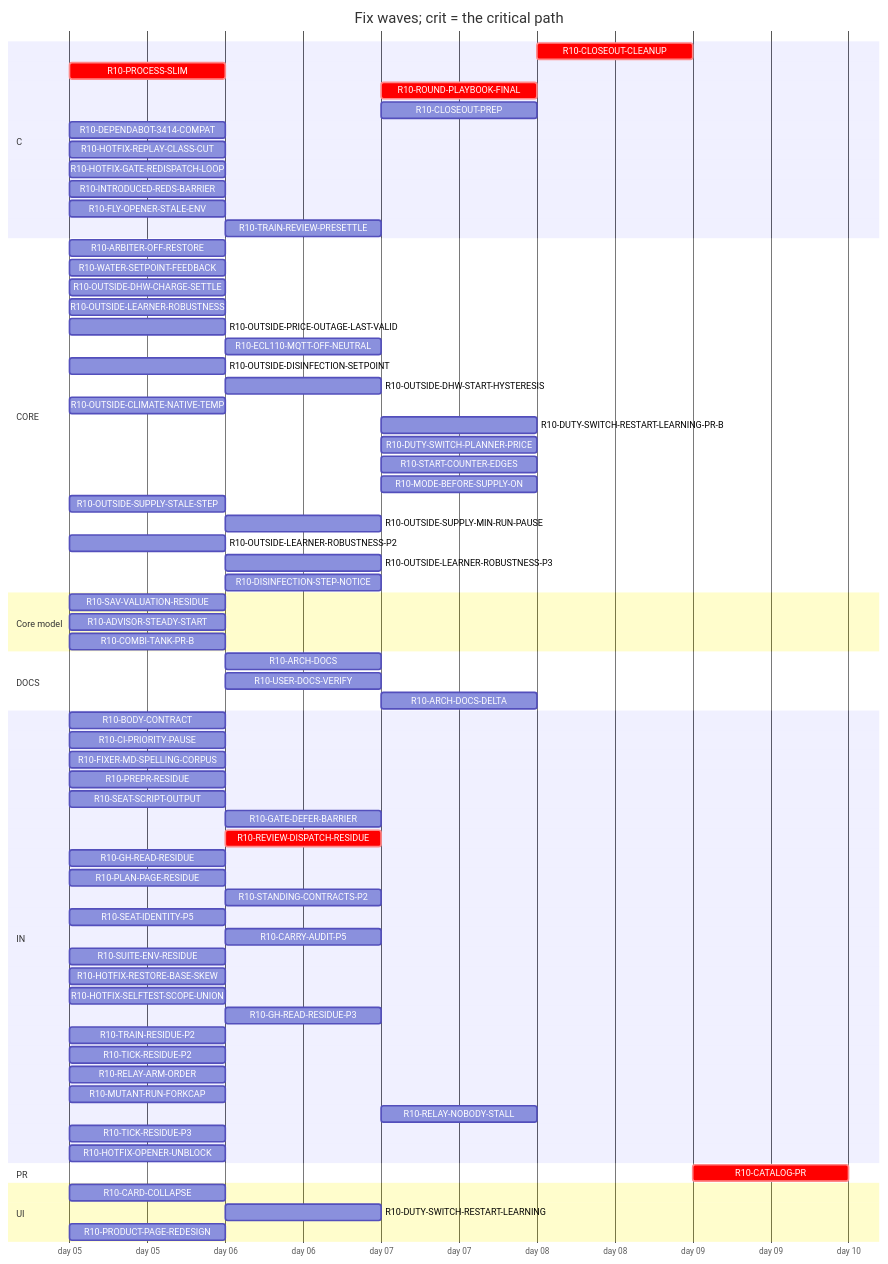
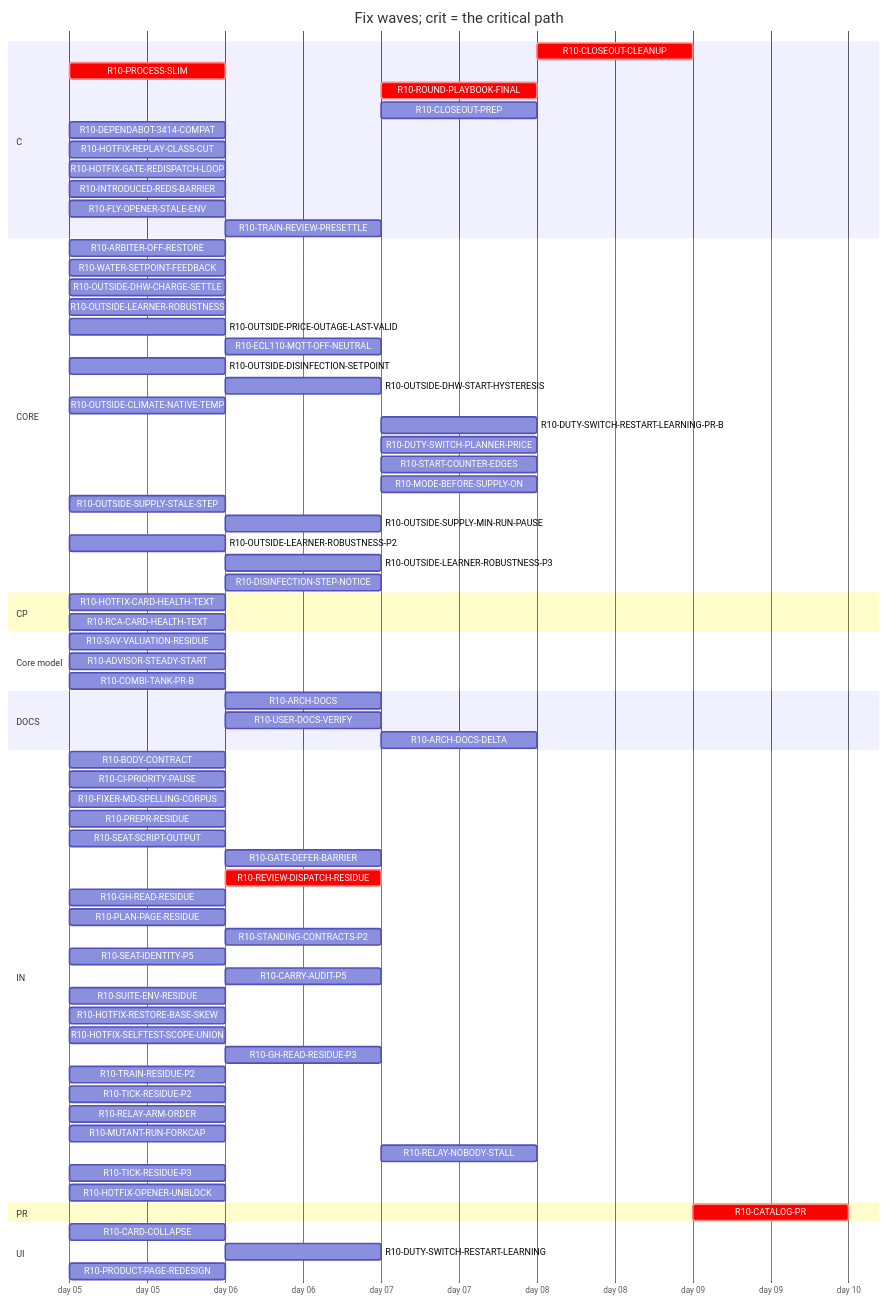
One commit to tvofi/heatpump_optimizer changed the diagram in handoff/round10/state/PLAN-TABLE.md. Above: the diagram before and after it, drawn with Mermaid. The commit also changed other lines of this file and 4 other files, not shown here.

Commit message:
state: FLOW-BOARD.md, NEXT-SESSION-PROMPT.md, PLAN-TABLE.md, PLAN.html, RESUME-CURRENT.md regenerated (state_docs.py)

````diff
--- a/handoff/round10/state/PLAN-TABLE.md
+++ b/handoff/round10/state/PLAN-TABLE.md
@@ -20,74 +21,77 @@
 ```mermaid
 gantt
   title Fix waves; crit = the critical path
   dateFormat YYYY-MM-DD
   axisFormat day %d
   section C
     R10-CLOSEOUT-CLEANUP :crit, r10CLOSEOUTCLEANUP, after r10ARCHDOCS r10USERDOCSVERIFY r10ROUNDPLAYBOOKFINAL r10CLOSEOUTPREP r10ARCHDOCSDELTA, 1d
     R10-PROCESS-SLIM :crit, r10PROCESSSLIM, 2026-01-05, 1d
     R10-ROUND-PLAYBOOK-FINAL :crit, r10ROUNDPLAYBOOKFINAL, after r10BODYCONTRACT r10PROCESSSLIM r10FIXERMDSPELLINGCORPUS r10PREPRRESIDUE r10SEATSCRIPTOUTPUT r10REVIEWDISPATCHRESIDUE r10CARRYAUDITP5 r10SEATIDENTITYP5 r10STANDINGCONTRACTSP2 r10PLANPAGERESIDUE r10GHREADRESIDUE r10SUITEENVRESIDUE r10GATEDEFERBARRIER, 1d
     R10-CLOSEOUT-PREP :r10CLOSEOUTPREP, after r10ARCHDOCS r10BODYCONTRACT r10PROCESSSLIM r10FIXERMDSPELLINGCORPUS r10PREPRRESIDUE r10SEATSCRIPTOUTPUT r10REVIEWDISPATCHRESIDUE r10CARRYAUDITP5 r10SEATIDENTITYP5 r10STANDINGCONTRACTSP2 r10PLANPAGERESIDUE r10GHREADRESIDUE r10SUITEENVRESIDUE r10GATEDEFERBARRIER, 1d
     R10-DEPENDABOT-3414-COMPAT :r10DEPENDABOT3414COMPAT, 2026-01-05, 1d
     R10-HOTFIX-REPLAY-CLASS-CUT :r10HOTFIXREPLAYCLASSCUT, 2026-01-05, 1d
     R10-HOTFIX-GATE-REDISPATCH-LOOP :r10HOTFIXGATEREDISPATCHLOOP, 2026-01-05, 1d
     R10-INTRODUCED-REDS-BARRIER :r10INTRODUCEDREDSBARRIER, 2026-01-05, 1d
     R10-FLY-OPENER-STALE-ENV :r10FLYOPENERSTALEENV, 2026-01-05, 1d
     R10-TRAIN-REVIEW-PRESETTLE :r10TRAINREVIEWPRESETTLE, after r10TRAINRESIDUEP2, 1d
   section CORE
     R10-ARBITER-OFF-RESTORE :r10ARBITEROFFRESTORE, 2026-01-05, 1d
     R10-WATER-SETPOINT-FEEDBACK :r10WATERSETPOINTFEEDBACK, 2026-01-05, 1d
     R10-OUTSIDE-DHW-CHARGE-SETTLE :r10OUTSIDEDHWCHARGESETTLE, 2026-01-05, 1d
     R10-OUTSIDE-LEARNER-ROBUSTNESS :r10OUTSIDELEARNERROBUSTNESS, 2026-01-05, 1d
     R10-OUTSIDE-PRICE-OUTAGE-LAST-VALID :r10OUTSIDEPRICEOUTAGELASTVALID, 2026-01-05, 1d
     R10-ECL110-MQTT-OFF-NEUTRAL :r10ECL110MQTTOFFNEUTRAL, after r10ARBITEROFFRESTORE, 1d
     R10-OUTSIDE-DISINFECTION-SETPOINT :r10OUTSIDEDISINFECTIONSETPOINT, 2026-01-05, 1d
     R10-OUTSIDE-DHW-START-HYSTERESIS :r10OUTSIDEDHWSTARTHYSTERESIS, after r10OUTSIDEDISINFECTIONSETPOINT, 1d
     R10-OUTSIDE-CLIMATE-NATIVE-TEMP :r10OUTSIDECLIMATENATIVETEMP, 2026-01-05, 1d
     R10-DUTY-SWITCH-RESTART-LEARNING-PR-B :r10DUTYSWITCHRESTARTLEARNINGPRB, after r10DUTYSWITCHRESTARTLEARNING, 1d
     R10-DUTY-SWITCH-PLANNER-PRICE :r10DUTYSWITCHPLANNERPRICE, after r10DUTYSWITCHRESTARTLEARNING, 1d
     R10-START-COUNTER-EDGES :r10STARTCOUNTEREDGES, after r10DUTYSWITCHRESTARTLEARNING, 1d
     R10-MODE-BEFORE-SUPPLY-ON :r10MODEBEFORESUPPLYON, after r10DUTYSWITCHRESTARTLEARNING, 1d
     R10-OUTSIDE-SUPPLY-STALE-STEP :r10OUTSIDESUPPLYSTALESTEP, 2026-01-05, 1d
     R10-OUTSIDE-SUPPLY-MIN-RUN-PAUSE :r10OUTSIDESUPPLYMINRUNPAUSE, after r10OUTSIDESUPPLYSTALESTEP, 1d
     R10-OUTSIDE-LEARNER-ROBUSTNESS-P2 :r10OUTSIDELEARNERROBUSTNESSP2, 2026-01-05, 1d
     R10-OUTSIDE-LEARNER-ROBUSTNESS-P3 :r10OUTSIDELEARNERROBUSTNESSP3, after r10OUTSIDELEARNERROBUSTNESS r10OUTSIDELEARNERROBUSTNESSP2, 1d
     R10-DISINFECTION-STEP-NOTICE :r10DISINFECTIONSTEPNOTICE, after r10OUTSIDEDISINFECTIONSETPOINT, 1d
+  section CP
+    R10-HOTFIX-CARD-HEALTH-TEXT :r10HOTFIXCARDHEALTHTEXT, 2026-01-05, 1d
+    R10-RCA-CARD-HEALTH-TEXT :r10RCACARDHEALTHTEXT, 2026-01-05, 1d
   section Core model
     R10-SAV-VALUATION-RESIDUE :r10SAVVALUATIONRESIDUE, 2026-01-05, 1d
     R10-ADVISOR-STEADY-START :r10ADVISORSTEADYSTART, 2026-01-05, 1d
     R10-COMBI-TANK-PR-B :r10COMBITANKPRB, 2026-01-05, 1d
   section DOCS
     R10-ARCH-DOCS :r10ARCHDOCS, after r10BODYCONTRACT r10PROCESSSLIM, 1d
     R10-USER-DOCS-VERIFY :r10USERDOCSVERIFY, after r10ARBITEROFFRESTORE r10PRODUCTPAGEREDESIGN, 1d
     R10-ARCH-DOCS-DELTA :r10ARCHDOCSDELTA, after r10ARCHDOCS r10ARBITEROFFRESTORE r10SAVVALUATIONRESIDUE r10ADVISORSTEADYSTART r10COMBITANKPRB, 1d
   section IN
     R10-BODY-CONTRACT :r10BODYCONTRACT, 2026-01-05, 1d
     R10-CI-PRIORITY-PAUSE :r10CIPRIORITYPAUSE, 2026-01-05, 1d
     R10-FIXER-MD-SPELLING-CORPUS :r10FIXERMDSPELLINGCORPUS, 2026-01-05, 1d
     R10-PREPR-RESIDUE :r10PREPRRESIDUE, 2026-01-05, 1d
     R10-SEAT-SCRIPT-OUTPUT :r10SEATSCRIPTOUTPUT, 2026-01-05, 1d
     R10-GATE-DEFER-BARRIER :r10GATEDEFERBARRIER, after r10HOTFIXGATEREDISPATCHLOOP, 1d
     R10-REVIEW-DISPATCH-RESIDUE :crit, r10REVIEWDISPATCHRESIDUE, after r10PROCESSSLIM, 1d
     R10-GH-READ-RESIDUE :r10GHREADRESIDUE, 2026-01-05, 1d
     R10-PLAN-PAGE-RESIDUE :r10PLANPAGERESIDUE, 2026-01-05, 1d
     R10-STANDING-CONTRACTS-P2 :r10STANDINGCONTRACTSP2, after r10FIXERMDSPELLINGCORPUS, 1d
     R10-SEAT-IDENTITY-P5 :r10SEATIDENTITYP5, 2026-01-05, 1d
     R10-CARRY-AUDIT-P5 :r10CARRYAUDITP5, after r10BODYCONTRACT, 1d
     R10-SUITE-ENV-RESIDUE :r10SUITEENVRESIDUE, 2026-01-05, 1d
     R10-HOTFIX-RESTORE-BASE-SKEW :r10HOTFIXRESTOREBASESKEW, 2026-01-05, 1d
     R10-HOTFIX-SELFTEST-SCOPE-UNION :r10HOTFIXSELFTESTSCOPEUNION, 2026-01-05, 1d
     R10-GH-READ-RESIDUE-P3 :r10GHREADRESIDUEP3, after r10GHREADRESIDUE, 1d
     R10-TRAIN-RESIDUE-P2 :r10TRAINRESIDUEP2, 2026-01-05, 1d
     R10-TICK-RESIDUE-P2 :r10TICKRESIDUEP2, 2026-01-05, 1d
     R10-RELAY-ARM-ORDER :r10RELAYARMORDER, 2026-01-05, 1d
     R10-MUTANT-RUN-FORKCAP :r10MUTANTRUNFORKCAP, 2026-01-05, 1d
     R10-RELAY-NOBODY-STALL :r10RELAYNOBODYSTALL, after r10RELAYARMORDER r10REVIEWDISPATCHRESIDUE, 1d
     R10-TICK-RESIDUE-P3 :r10TICKRESIDUEP3, 2026-01-05, 1d
     R10-HOTFIX-OPENER-UNBLOCK :r10HOTFIXOPENERUNBLOCK, 2026-01-05, 1d
   section PR
     R10-CATALOG-PR :crit, r10CATALOGPR, after r10USERDOCSVERIFY r10ARCHDOCS r10ROUNDPLAYBOOKFINAL r10CLOSEOUTCLEANUP r10CLOSEOUTPREP r10ARCHDOCSDELTA, 1d
   section UI
     R10-CARD-COLLAPSE :r10CARDCOLLAPSE, 2026-01-05, 1d
     R10-DUTY-SWITCH-RESTART-LEARNING :r10DUTYSWITCHRESTARTLEARNING, after r10WATERSETPOINTFEEDBACK, 1d
     R10-PRODUCT-PAGE-REDESIGN :r10PRODUCTPAGEREDESIGN, 2026-01-05, 1d
 ```
````
